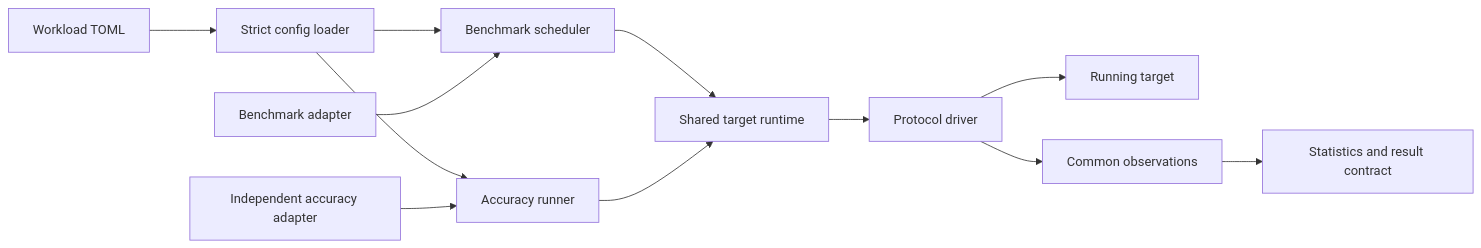
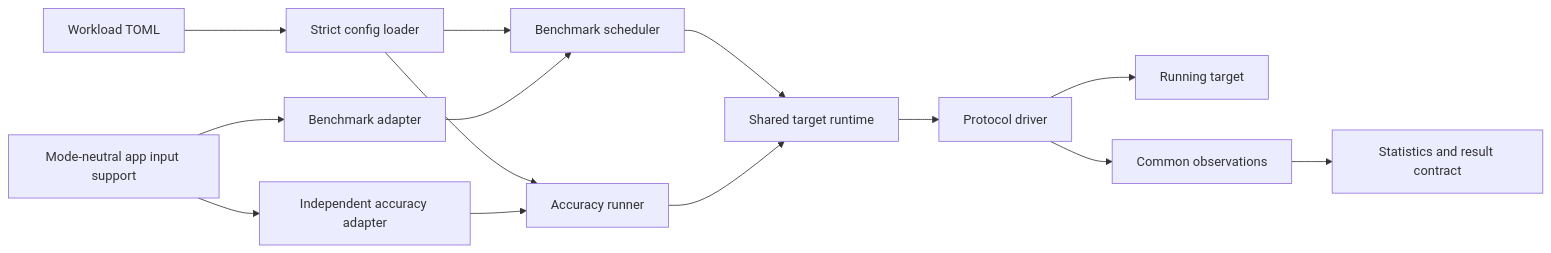
The first of 2 diagrams in examples/evaluators/microservice/DESIGN.md (uw-syfi/vibesys), drawn with Mermaid before and after one commit. The commit also changed other lines of this file and 25 other files, not shown here.

````diff
--- a/examples/evaluators/microservice/DESIGN.md
+++ b/examples/evaluators/microservice/DESIGN.md
@@ -5,14 +5,16 @@
 ```mermaid
 flowchart LR
     W["Workload TOML"] --> C["Strict config loader"]
     C --> B["Benchmark scheduler"]
     C --> K["Accuracy runner"]
     BA["Benchmark adapter"] --> B
     AA["Independent accuracy adapter"] --> K
+    AS["Mode-neutral app input support"] --> BA
+    AS --> AA
     B --> R["Shared target runtime"]
     K --> R
     R --> D["Protocol driver"]
     D --> T["Running target"]
     D --> O["Common observations"]
     O --> S["Statistics and result contract"]
 ```
````
